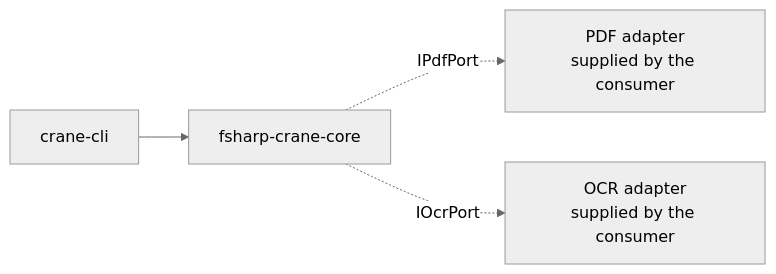
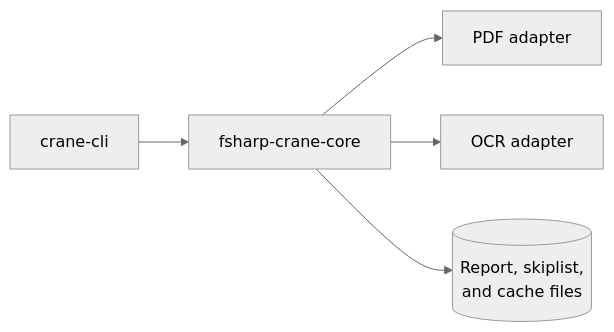
The diagram in specs/libs/fsharp-crane-core/architecture.md (wahidyankf/open-sharia-fintech), drawn with Mermaid (neutral theme) before and after one commit. The commit also changed other lines of this file and 2403 other files, not shown here.

````diff
--- a/specs/libs/fsharp-crane-core/architecture.md
+++ b/specs/libs/fsharp-crane-core/architecture.md
@@ -14,6 +14,7 @@
 ```mermaid
 flowchart LR
     CRANE[crane-cli] --> CORE[fsharp-crane-core]
-    CORE -. IPdfPort .-> PDFADP[PDF adapter<br/>supplied by the consumer]
-    CORE -. IOcrPort .-> OCRADP[OCR adapter<br/>supplied by the consumer]
+    CORE --> PDFADP[PDF adapter]
+    CORE --> OCRADP[OCR adapter]
+    CORE --> LOCAL[(Report, skiplist,<br/>and cache files)]
 ```
````
